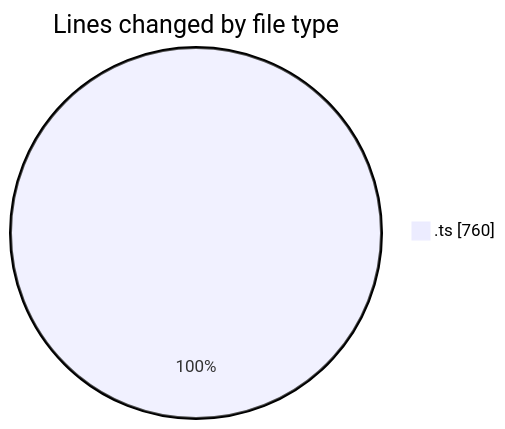
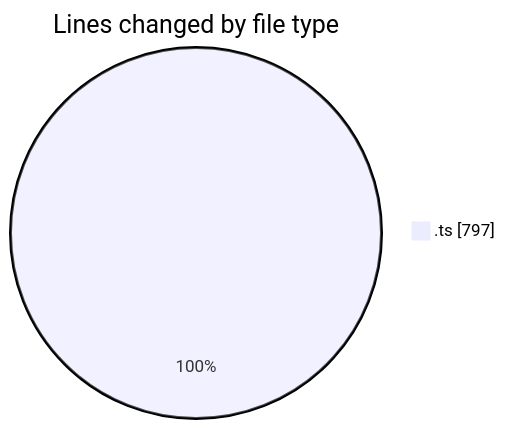
The first of 2 diagrams in 2026-03-04/nxtqube_webapp/README.md (nxtqubesakshisongat/code-tracking), drawn with Mermaid before and after one commit. The commit also changed other lines of this file and 1 other file, not shown here.

````diff
--- a/2026-03-04/nxtqube_webapp/README.md
+++ b/2026-03-04/nxtqube_webapp/README.md
@@ -20,5 +20,5 @@
 ```mermaid
 pie showData
 title Lines changed by file type
-".ts" : 760
+".ts" : 797
 ```
````
